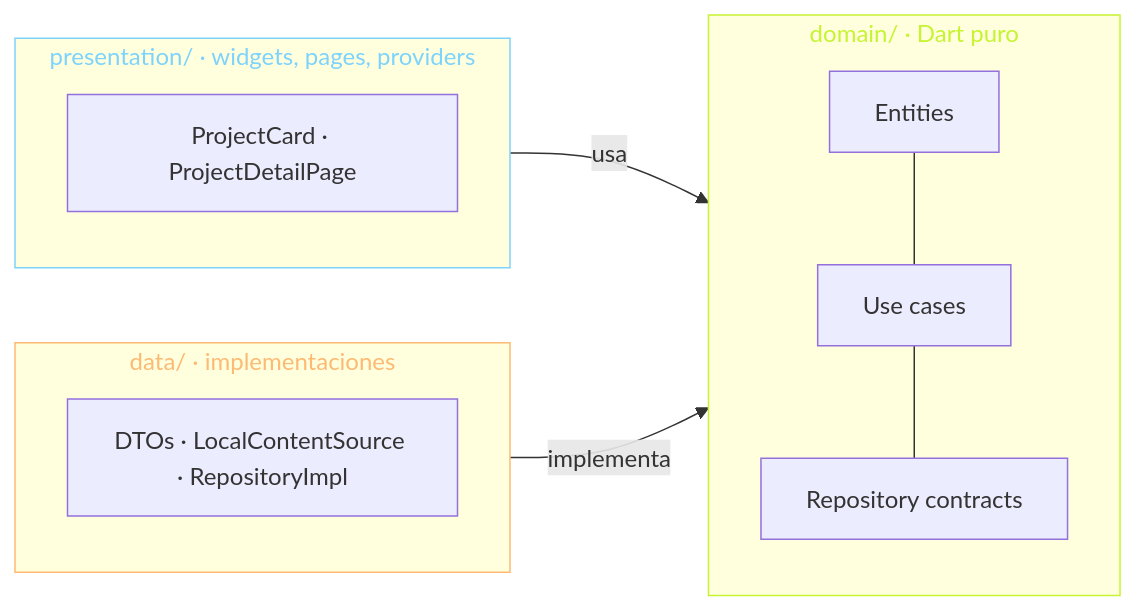
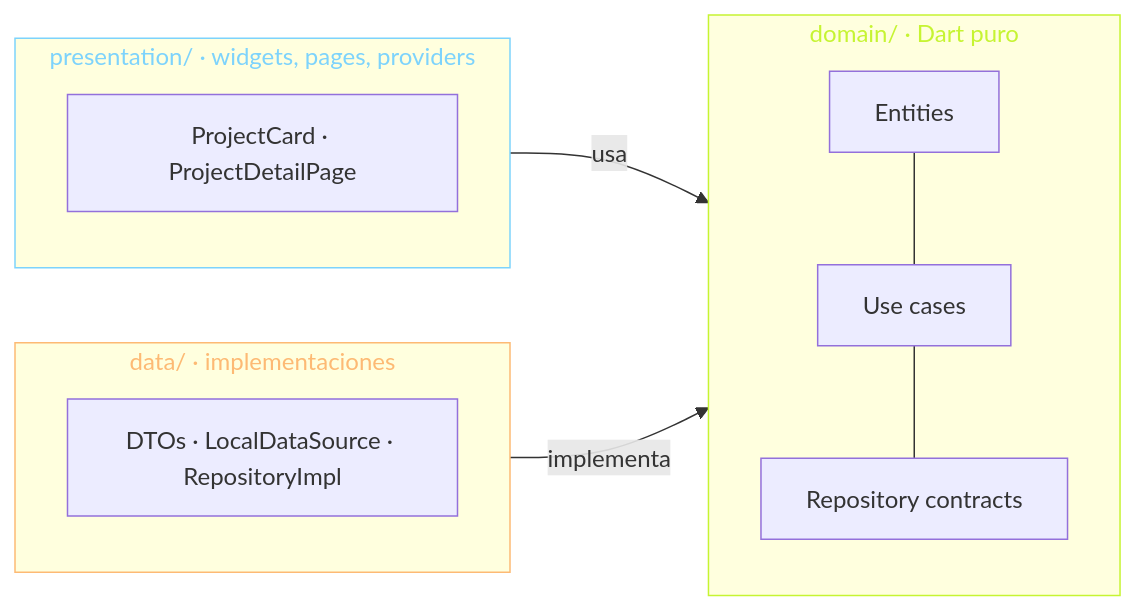
Before and after one commit to tarevaloit/portfolio: the diagram in README.md, drawn with Mermaid. The commit also changed other lines of this file and 1 other file, not shown here.

Commit message:
docs: document DI, content layout and pending content for phase 2

````diff
--- a/README.md
+++ b/README.md
@@ -30,22 +31,22 @@
 ```mermaid
 flowchart LR
   subgraph presentation["presentation/ · widgets, pages, providers"]
     P[ProjectCard · ProjectDetailPage]
   end
   subgraph domain["domain/ · Dart puro"]
     E[Entities] --- U[Use cases] --- R[Repository contracts]
   end
   subgraph data["data/ · implementaciones"]
-    D[DTOs · LocalContentSource · RepositoryImpl]
+    D[DTOs · LocalDataSource · RepositoryImpl]
   end
 
   presentation -->|usa| domain
   data -->|implementa| domain
 
   classDef pres stroke:#7DD3FC,color:#7DD3FC;
   classDef dom stroke:#C6F432,color:#C6F432;
   classDef dat stroke:#FDBA74,color:#FDBA74;
   class presentation pres;
   class domain dom;
   class data dat;
 ```
````
